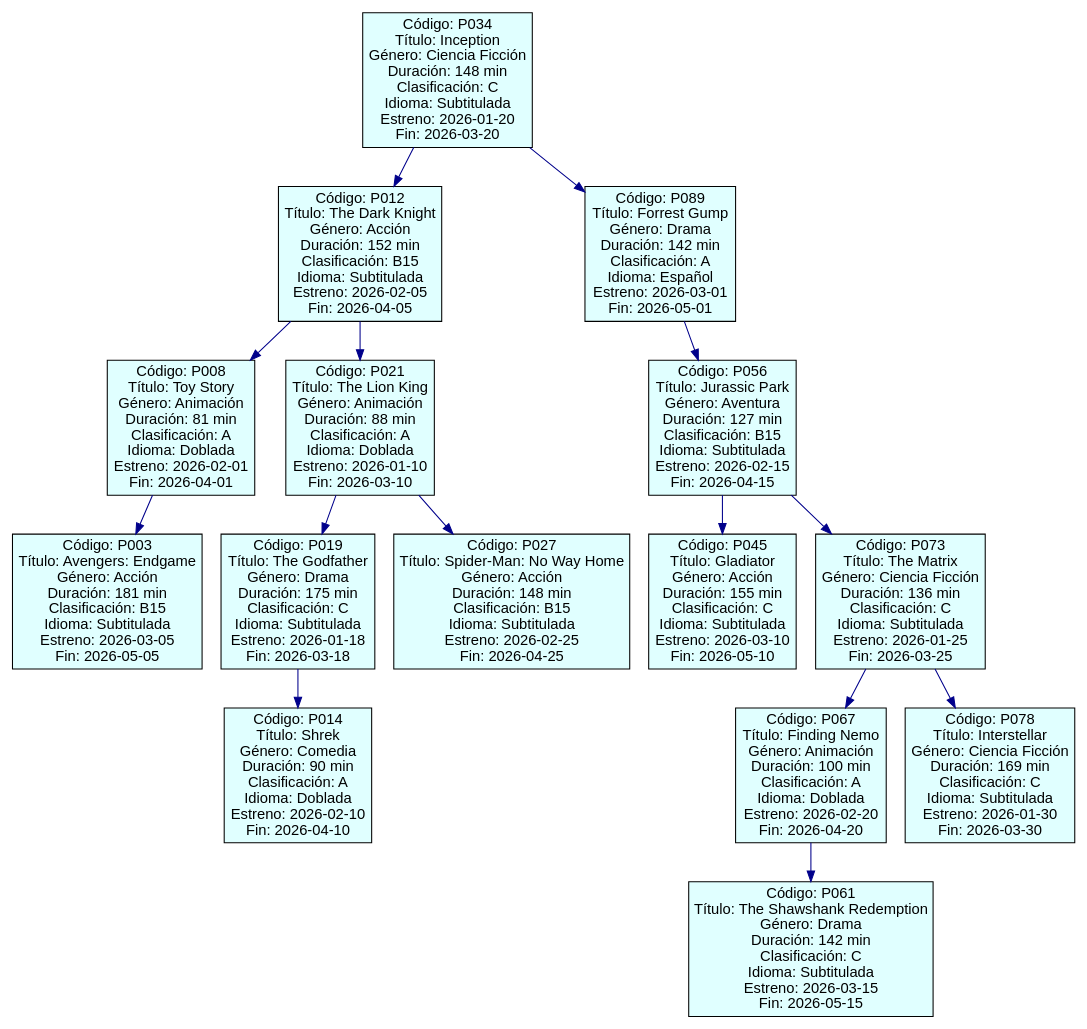
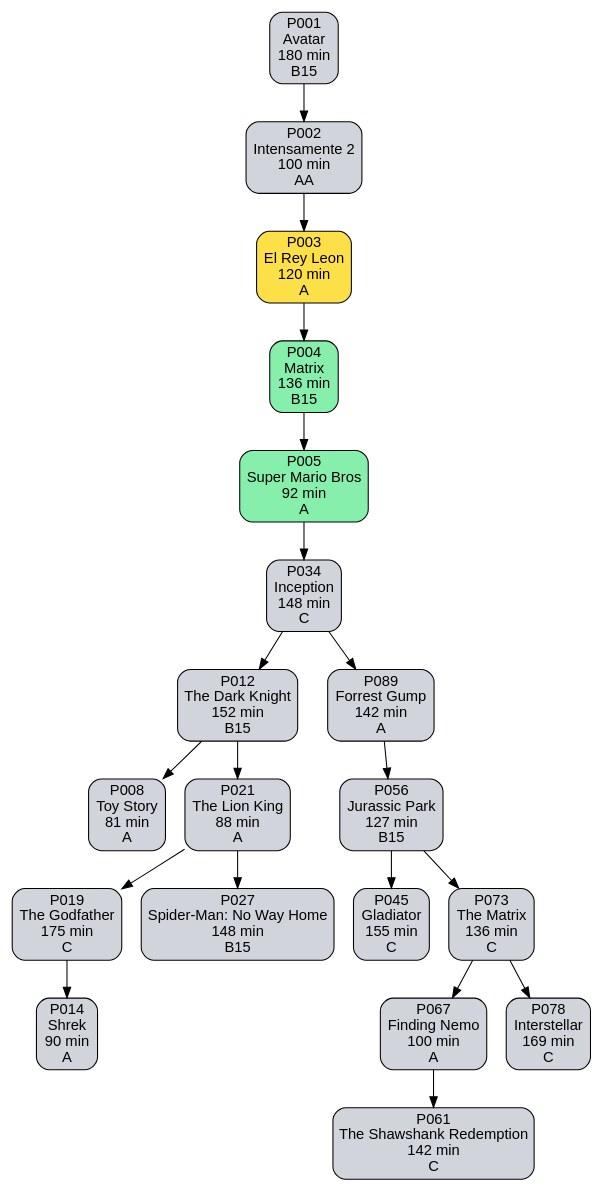
The diagram in EDD_Fase1/Proyecto_EDD_CinemaUsac/build/Desktop_Qt_6_11_0_MinGW_64_bit_Debug/debug/reportes_generados/arbol_peliculas.dot (darkpachon/EDD_2S2026_PY_202300502), drawn with Graphviz before and after one commit. The commit also changed 18 other files, not shown here.

```diff
--- a/EDD_Fase1/Proyecto_EDD_CinemaUsac/build/Desktop_Qt_6_11_0_MinGW_64_bit_Debug/debug/reportes_generados/arbol_peliculas.dot
+++ b/EDD_Fase1/Proyecto_EDD_CinemaUsac/build/Desktop_Qt_6_11_0_MinGW_64_bit_Debug/debug/reportes_generados/arbol_peliculas.dot
@@ -1,33 +1,41 @@
 digraph G {
-node [shape=record, style=filled, fillcolor=lightcyan, fontname="Arial"];
-edge [color=darkblue];
-Nodo34 [label="Código: P034\nTítulo: Inception\nGénero: Ciencia Ficción\nDuración: 148 min\nClasificación: C\nIdioma: Subtitulada\nEstreno: 2026-01-20\nFin: 2026-03-20"];
+node [shape=box, style="filled,rounded", fontname="Arial"];
+edge [color=black];
+Nodo1 [style="filled,rounded", fillcolor="#d1d5db", label="P001\nAvatar\n180 min\nB15"];
+Nodo1 -> Nodo2;
+Nodo2 [style="filled,rounded", fillcolor="#d1d5db", label="P002\nIntensamente 2\n100 min\nAA"];
+Nodo2 -> Nodo3;
+Nodo3 [style="filled,rounded", fillcolor="#fde047", label="P003\nEl Rey Leon\n120 min\nA"];
+Nodo3 -> Nodo4;
+Nodo4 [style="filled,rounded", fillcolor="#86efac", label="P004\nMatrix\n136 min\nB15"];
+Nodo4 -> Nodo5;
+Nodo5 [style="filled,rounded", fillcolor="#86efac", label="P005\nSuper Mario Bros\n92 min\nA"];
+Nodo5 -> Nodo34;
+Nodo34 [style="filled,rounded", fillcolor="#d1d5db", label="P034\nInception\n148 min\nC"];
 Nodo34 -> Nodo12;
-Nodo12 [label="Código: P012\nTítulo: The Dark Knight\nGénero: Acción\nDuración: 152 min\nClasificación: B15\nIdioma: Subtitulada\nEstreno: 2026-02-05\nFin: 2026-04-05"];
+Nodo12 [style="filled,rounded", fillcolor="#d1d5db", label="P012\nThe Dark Knight\n152 min\nB15"];
 Nodo12 -> Nodo8;
-Nodo8 [label="Código: P008\nTítulo: Toy Story\nGénero: Animación\nDuración: 81 min\nClasificación: A\nIdioma: Doblada\nEstreno: 2026-02-01\nFin: 2026-04-01"];
-Nodo8 -> Nodo3;
-Nodo3 [label="Código: P003\nTítulo: Avengers: Endgame\nGénero: Acción\nDuración: 181 min\nClasificación: B15\nIdioma: Subtitulada\nEstreno: 2026-03-05\nFin: 2026-05-05"];
+Nodo8 [style="filled,rounded", fillcolor="#d1d5db", label="P008\nToy Story\n81 min\nA"];
 Nodo12 -> Nodo21;
-Nodo21 [label="Código: P021\nTítulo: The Lion King\nGénero: Animación\nDuración: 88 min\nClasificación: A\nIdioma: Doblada\nEstreno: 2026-01-10\nFin: 2026-03-10"];
+Nodo21 [style="filled,rounded", fillcolor="#d1d5db", label="P021\nThe Lion King\n88 min\nA"];
 Nodo21 -> Nodo19;
-Nodo19 [label="Código: P019\nTítulo: The Godfather\nGénero: Drama\nDuración: 175 min\nClasificación: C\nIdioma: Subtitulada\nEstreno: 2026-01-18\nFin: 2026-03-18"];
+Nodo19 [style="filled,rounded", fillcolor="#d1d5db", label="P019\nThe Godfather\n175 min\nC"];
 Nodo19 -> Nodo14;
-Nodo14 [label="Código: P014\nTítulo: Shrek\nGénero: Comedia\nDuración: 90 min\nClasificación: A\nIdioma: Doblada\nEstreno: 2026-02-10\nFin: 2026-04-10"];
+Nodo14 [style="filled,rounded", fillcolor="#d1d5db", label="P014\nShrek\n90 min\nA"];
 Nodo21 -> Nodo27;
-Nodo27 [label="Código: P027\nTítulo: Spider-Man: No Way Home\nGénero: Acción\nDuración: 148 min\nClasificación: B15\nIdioma: Subtitulada\nEstreno: 2026-02-25\nFin: 2026-04-25"];
+Nodo27 [style="filled,rounded", fillcolor="#d1d5db", label="P027\nSpider-Man: No Way Home\n148 min\nB15"];
 Nodo34 -> Nodo89;
-Nodo89 [label="Código: P089\nTítulo: Forrest Gump\nGénero: Drama\nDuración: 142 min\nClasificación: A\nIdioma: Español\nEstreno: 2026-03-01\nFin: 2026-05-01"];
+Nodo89 [style="filled,rounded", fillcolor="#d1d5db", label="P089\nForrest Gump\n142 min\nA"];
 Nodo89 -> Nodo56;
-Nodo56 [label="Código: P056\nTítulo: Jurassic Park\nGénero: Aventura\nDuración: 127 min\nClasificación: B15\nIdioma: Subtitulada\nEstreno: 2026-02-15\nFin: 2026-04-15"];
+Nodo56 [style="filled,rounded", fillcolor="#d1d5db", label="P056\nJurassic Park\n127 min\nB15"];
 Nodo56 -> Nodo45;
-Nodo45 [label="Código: P045\nTítulo: Gladiator\nGénero: Acción\nDuración: 155 min\nClasificación: C\nIdioma: Subtitulada\nEstreno: 2026-03-10\nFin: 2026-05-10"];
+Nodo45 [style="filled,rounded", fillcolor="#d1d5db", label="P045\nGladiator\n155 min\nC"];
 Nodo56 -> Nodo73;
-Nodo73 [label="Código: P073\nTítulo: The Matrix\nGénero: Ciencia Ficción\nDuración: 136 min\nClasificación: C\nIdioma: Subtitulada\nEstreno: 2026-01-25\nFin: 2026-03-25"];
+Nodo73 [style="filled,rounded", fillcolor="#d1d5db", label="P073\nThe Matrix\n136 min\nC"];
 Nodo73 -> Nodo67;
-Nodo67 [label="Código: P067\nTítulo: Finding Nemo\nGénero: Animación\nDuración: 100 min\nClasificación: A\nIdioma: Doblada\nEstreno: 2026-02-20\nFin: 2026-04-20"];
+Nodo67 [style="filled,rounded", fillcolor="#d1d5db", label="P067\nFinding Nemo\n100 min\nA"];
 Nodo67 -> Nodo61;
-Nodo61 [label="Código: P061\nTítulo: The Shawshank Redemption\nGénero: Drama\nDuración: 142 min\nClasificación: C\nIdioma: Subtitulada\nEstreno: 2026-03-15\nFin: 2026-05-15"];
+Nodo61 [style="filled,rounded", fillcolor="#d1d5db", label="P061\nThe Shawshank Redemption\n142 min\nC"];
 Nodo73 -> Nodo78;
-Nodo78 [label="Código: P078\nTítulo: Interstellar\nGénero: Ciencia Ficción\nDuración: 169 min\nClasificación: C\nIdioma: Subtitulada\nEstreno: 2026-01-30\nFin: 2026-03-30"];
+Nodo78 [style="filled,rounded", fillcolor="#d1d5db", label="P078\nInterstellar\n169 min\nC"];
 }
```
